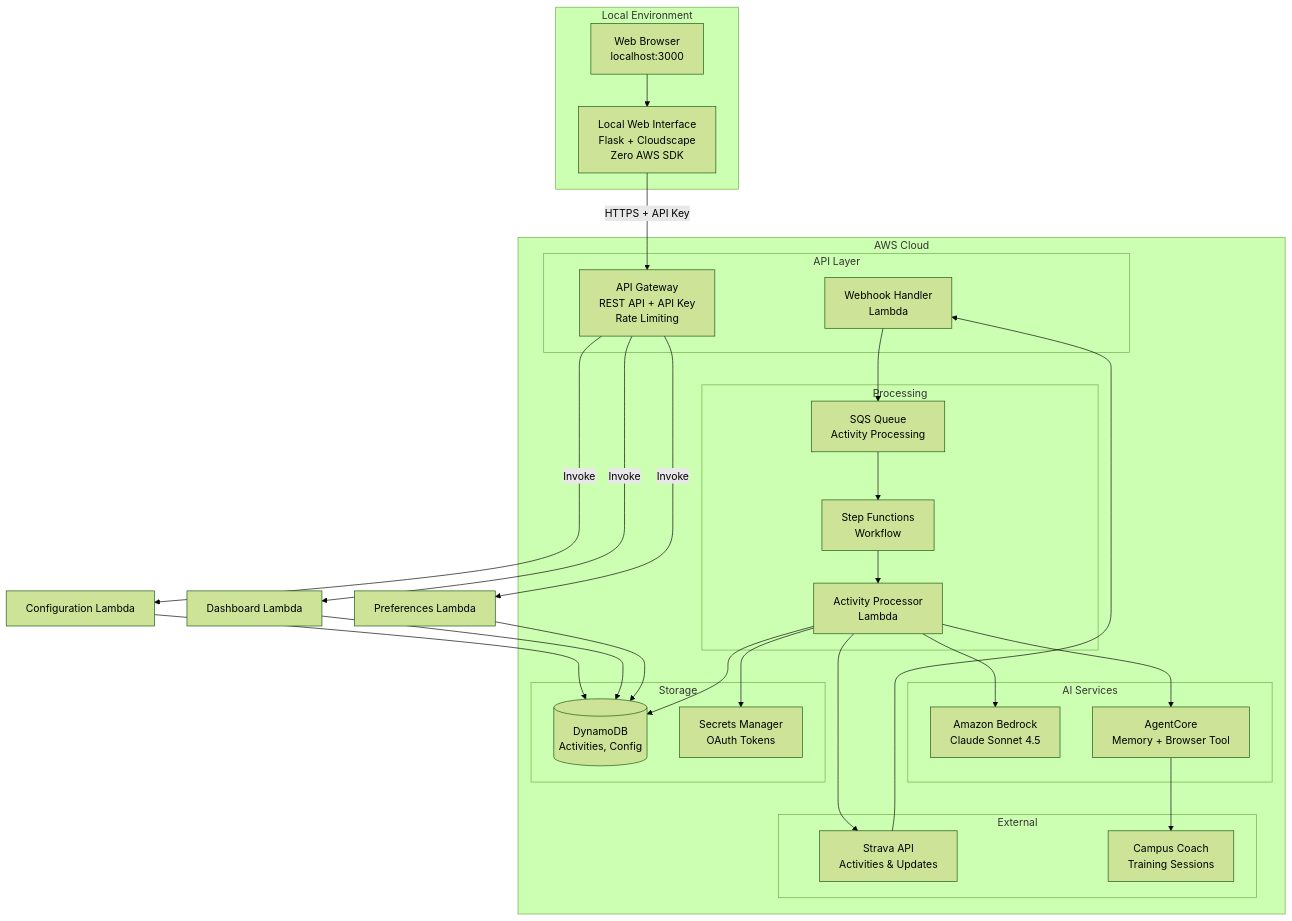
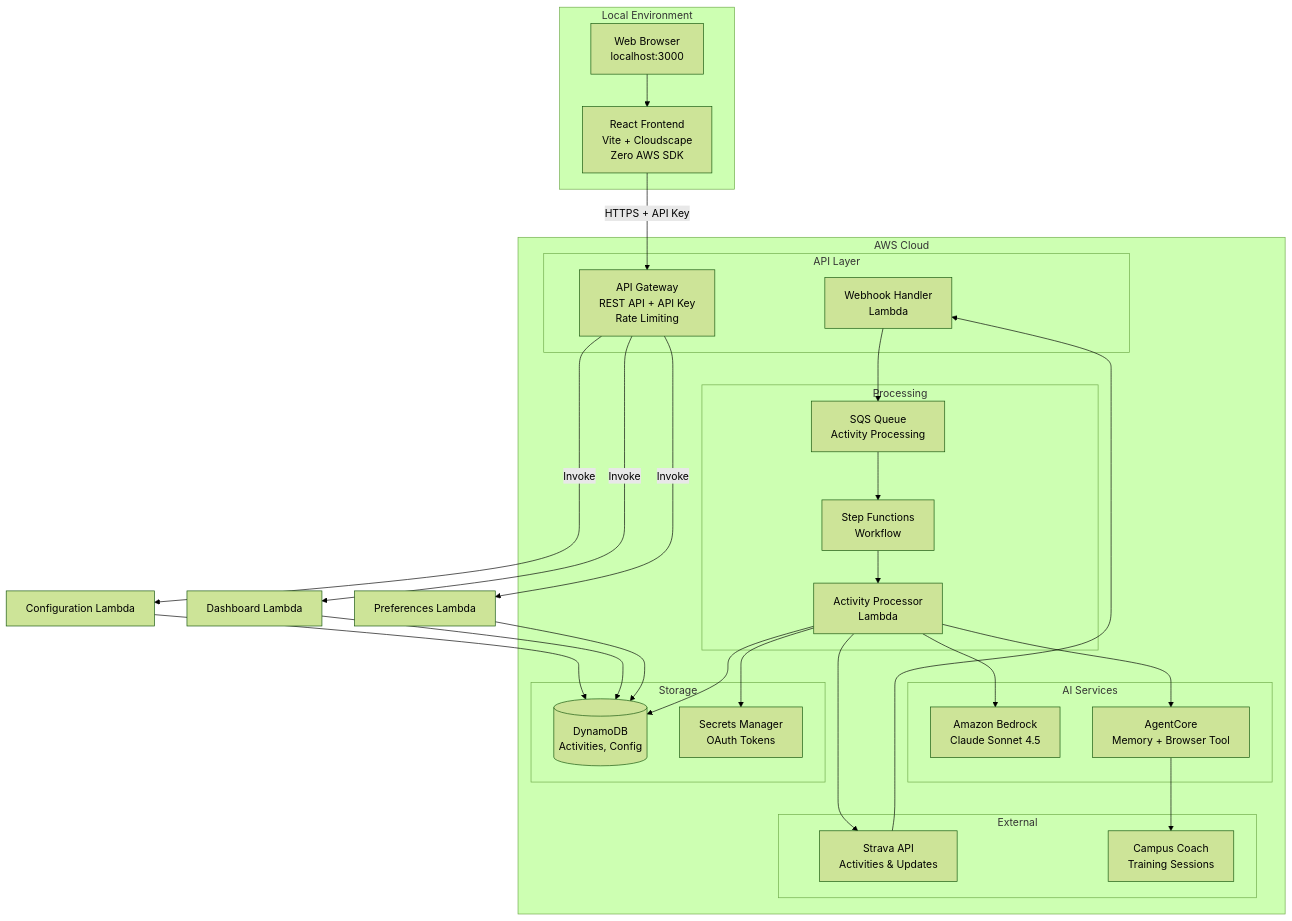
One commit to el-pedrito/strava-ai-boost changed the third of 4 diagrams in README.md. Above: the diagram before and after it, drawn with Mermaid (forest theme). The commit also changed other lines of this file and 44 other files, not shown here.

First line of the commit message:
feat: migrate frontend from Flask/Jinja2 to React + Vite + Cloudscape

````diff
--- a/README.md
+++ b/README.md
@@ -350,54 +352,54 @@
 ```mermaid
 graph TB
     subgraph "Local Environment"
-        UI[Local Web Interface<br/>Flask + Cloudscape<br/>Zero AWS SDK]
+        UI[React Frontend<br/>Vite + Cloudscape<br/>Zero AWS SDK]
         Browser[Web Browser<br/>localhost:3000]
     end
     
     subgraph "AWS Cloud"
         subgraph "API Layer"
             APIGW[API Gateway<br/>REST API + API Key<br/>Rate Limiting]
             Webhook[Webhook Handler<br/>Lambda]
         end
         
         subgraph "Processing"
             SQS[SQS Queue<br/>Activity Processing]
             SF[Step Functions<br/>Workflow]
             Processor[Activity Processor<br/>Lambda]
         end
         
         subgraph "AI Services"
             Bedrock[Amazon Bedrock<br/>Claude Sonnet 4.5]
             AgentCore[AgentCore<br/>Memory + Browser Tool]
         end
         
         subgraph "Storage"
             DDB[(DynamoDB<br/>Activities, Config)]
             Secrets[Secrets Manager<br/>OAuth Tokens]
         end
         
         subgraph "External"
             Strava[Strava API<br/>Activities & Updates]
             Campus[Campus Coach<br/>Training Sessions]
         end
     end
     
     Browser --> UI
     UI -->|HTTPS + API Key| APIGW
     APIGW -->|Invoke| ConfigAPI[Configuration Lambda]
     APIGW -->|Invoke| DashAPI[Dashboard Lambda]
     APIGW -->|Invoke| PrefAPI[Preferences Lambda]
     ConfigAPI --> DDB
     DashAPI --> DDB
     PrefAPI --> DDB
     Strava --> Webhook
     Webhook --> SQS
     SQS --> SF
     SF --> Processor
     Processor --> Bedrock
     Processor --> AgentCore
     Processor --> DDB
     Processor --> Secrets
     Processor --> Strava
     AgentCore --> Campus
 ```
````
